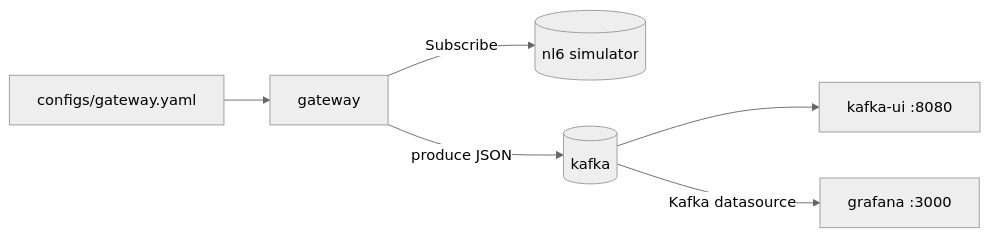
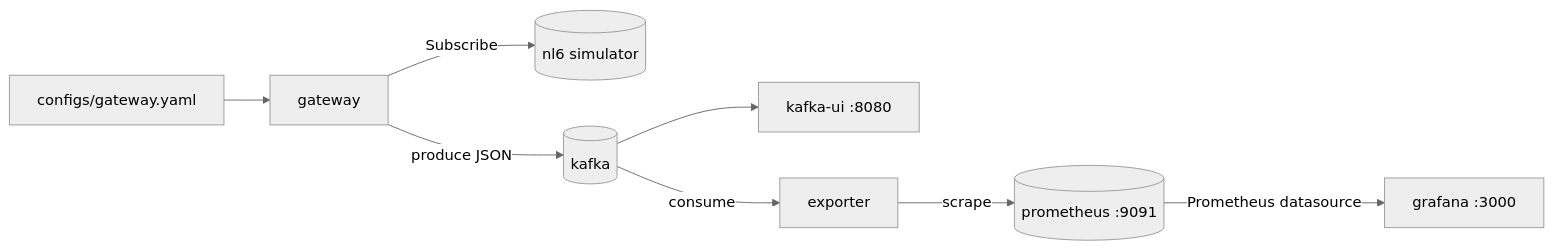
The first of 2 diagrams in README.md (indigo423/gnmi-kafka-producer), drawn with Mermaid (neutral theme) before and after one commit. The commit also changed other lines of this file and 10 other files, not shown here.

````diff
--- a/README.md
+++ b/README.md
@@ -7,15 +7,19 @@
 ```mermaid
 flowchart LR
     gconf[configs/gateway.yaml]
     GW[gateway]
     NL6[(nl6 simulator)]
     K[(kafka)]
     UI[kafka-ui :8080]
+    EX[exporter]
+    P[(prometheus :9091)]
     GF[grafana :3000]
 
     gconf --> GW
     GW -- Subscribe --> NL6
     GW -- produce JSON --> K
     K --> UI
-    K -- Kafka datasource --> GF
+    K -- consume --> EX
+    EX -- scrape --> P
+    P -- Prometheus datasource --> GF
 ```
````
